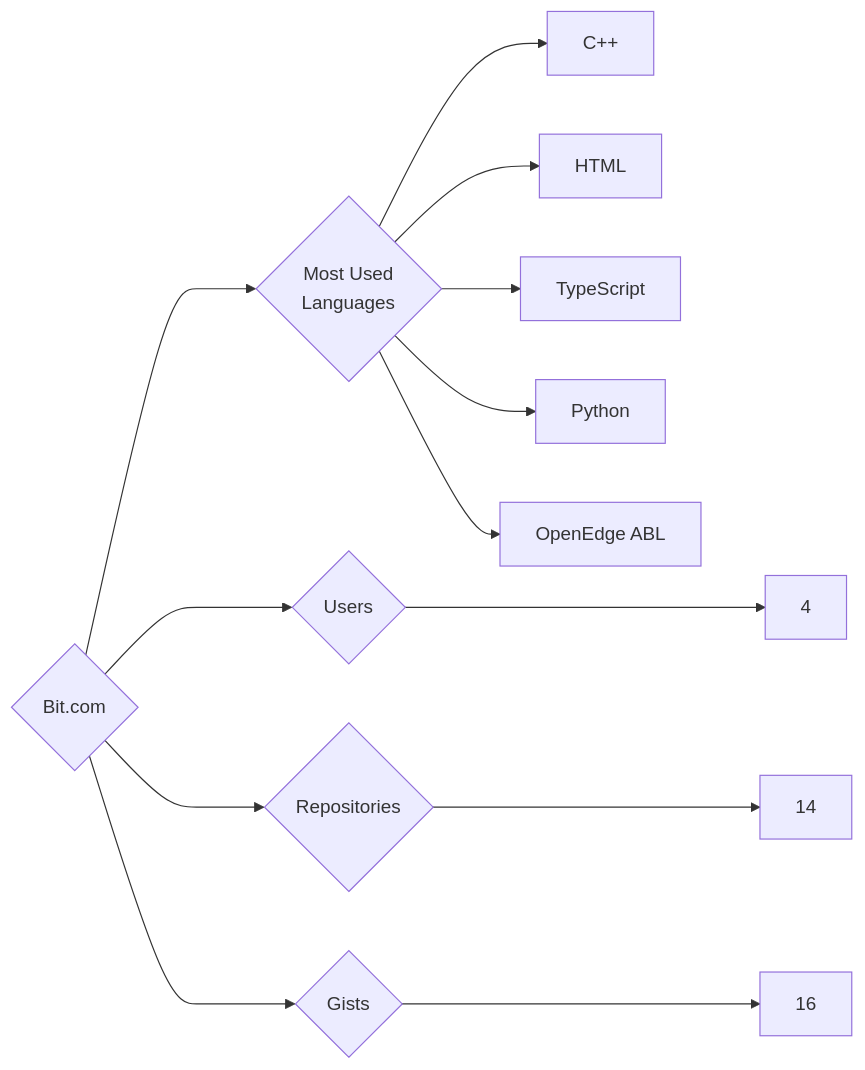
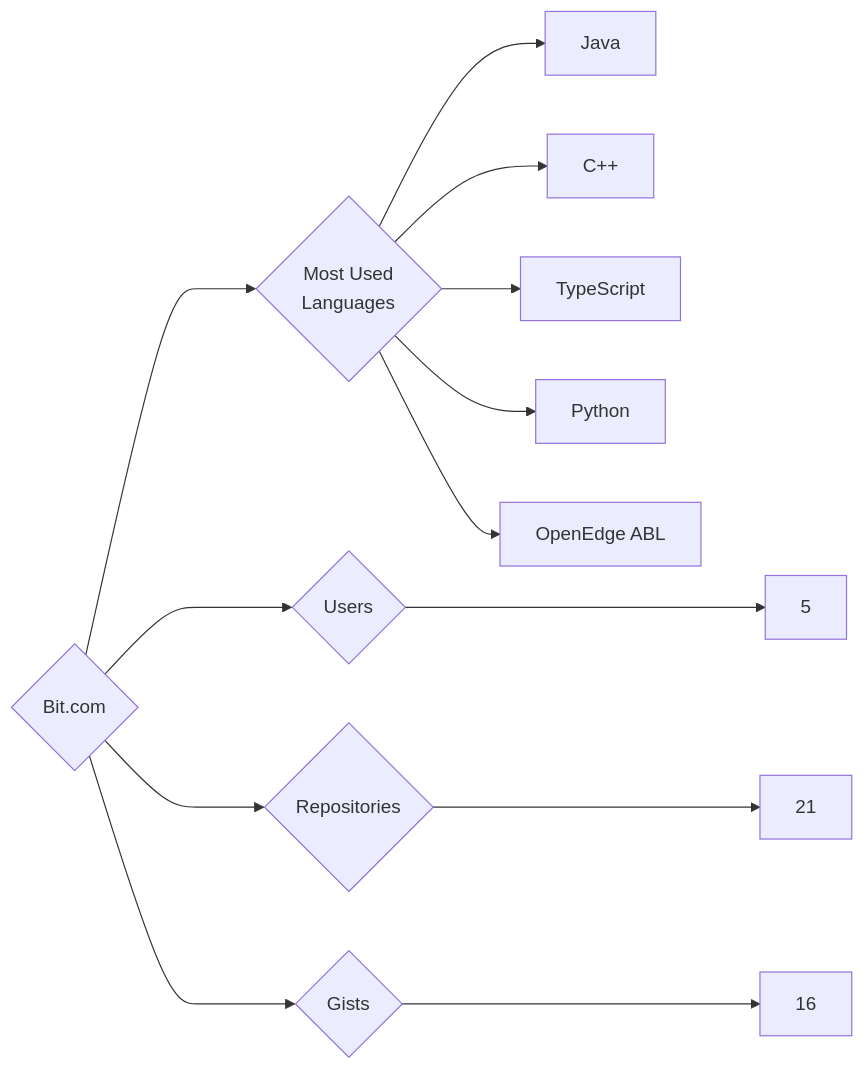
Before and after one commit to trickest/insiders: the diagram in targets/Bit.com/README.md, drawn with Mermaid. The commit also changed 1007 other files, not shown here.

````diff
--- a/targets/Bit.com/README.md
+++ b/targets/Bit.com/README.md
@@ -3,13 +3,13 @@
 ```mermaid
 graph LR
 COMPANY_NAME{Bit.com}
-COMPANY_NAME ---> U{Users} ---> UN[4]
-COMPANY_NAME ---> R{Repositories} ---> RN[14]
+COMPANY_NAME ---> U{Users} ---> UN[5]
+COMPANY_NAME ---> R{Repositories} ---> RN[21]
 COMPANY_NAME ---> G{Gists} ---> GN[16]
 COMPANY_NAME ---> ML{Most Used<br>Languages}
+ML --> Java[Java]
 ML --> C++[C++]
-ML --> HTML[HTML]
 ML --> TypeScript[TypeScript]
 ML --> Python[Python]
 ML --> OpenEdge_ABL[OpenEdge ABL]
 ```
````
